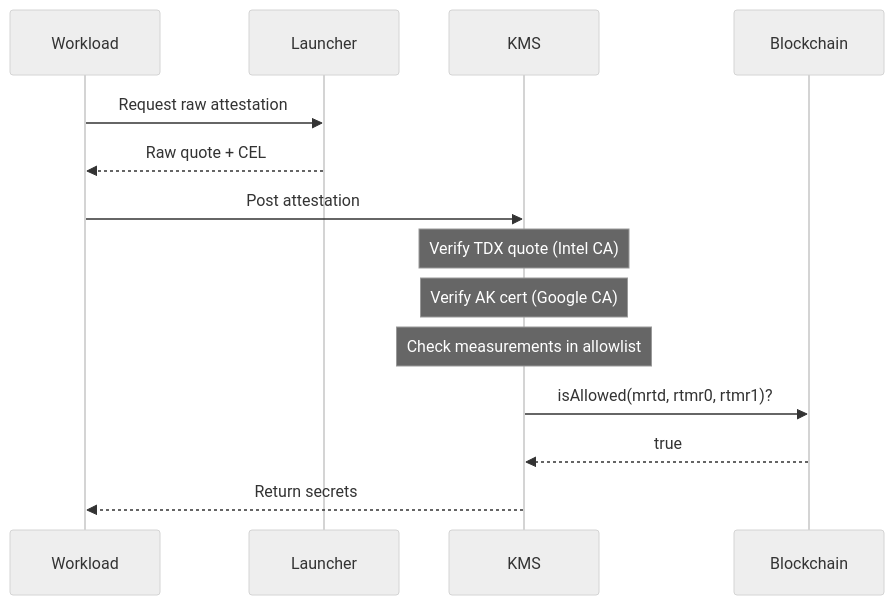
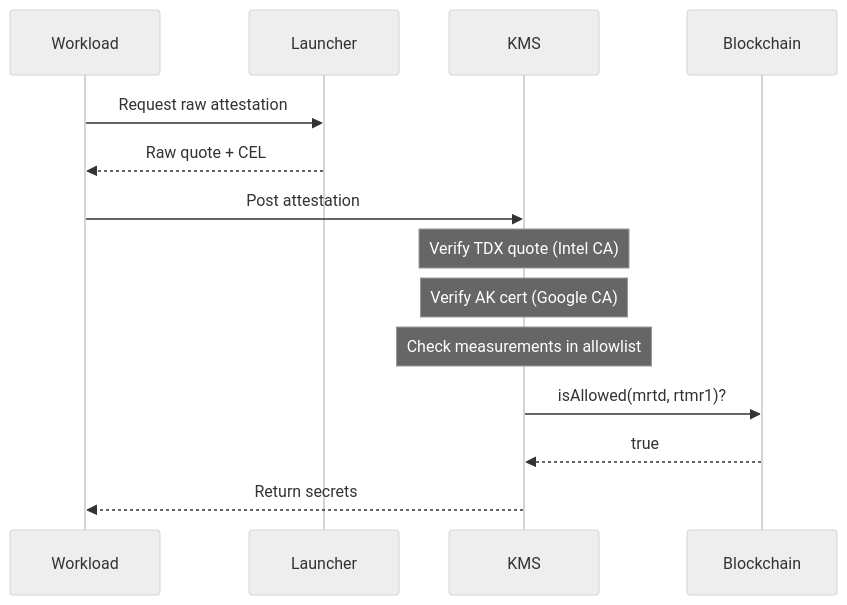
One commit to Layr-Labs/go-tpm-tools changed the diagram in research/README.md. Above: the diagram before and after it, drawn with Mermaid (neutral theme). The commit also changed other lines of this file and 5 other files, not shown here.

Commit message:
feat: refactor contract to separate MRTD and RTMR1 validation with support levels

````diff
--- a/research/README.md
+++ b/research/README.md
@@ -58,20 +58,20 @@
 ```mermaid
 sequenceDiagram
     participant W as Workload
     participant L as Launcher
     participant K as KMS
     participant B as Blockchain
 
     W->>L: Request raw attestation
     L-->>W: Raw quote + CEL
     W->>K: Post attestation
     
     Note over K: Verify TDX quote (Intel CA)
     Note over K: Verify AK cert (Google CA)
     Note over K: Check measurements in allowlist
     
-    K->>B: isAllowed(mrtd, rtmr0, rtmr1)?
+    K->>B: isAllowed(mrtd, rtmr1)?
     B-->>K: true
     
     K-->>W: Return secrets
 ```
````
